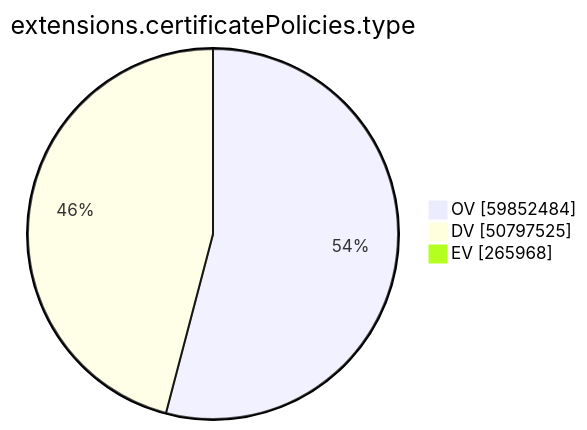
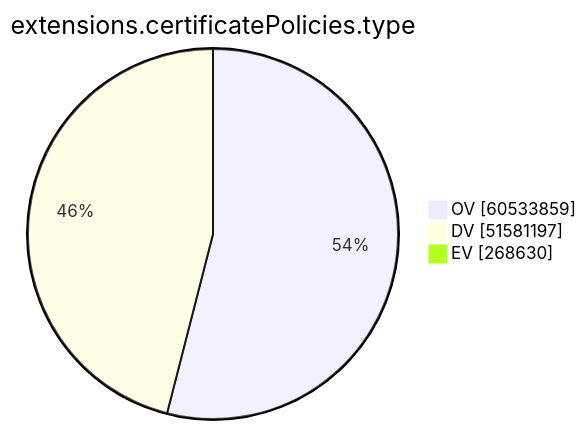
Before and after one commit to christiankrug/ctmonitor_visualization: the ninth of 15 diagrams in xenon2023/README.md, drawn with Mermaid. The commit also changed other lines of this file, not shown here.

````diff
--- a/xenon2023/README.md
+++ b/xenon2023/README.md
@@ -2142,7 +2143,7 @@
 ```mermaid
 pie showData
 title extensions.certificatePolicies.type
-"OV" :59852484
-"DV" :50797525
-"EV" :265968
+"OV" :60533859
+"DV" :51581197
+"EV" :268630
 ```
````
